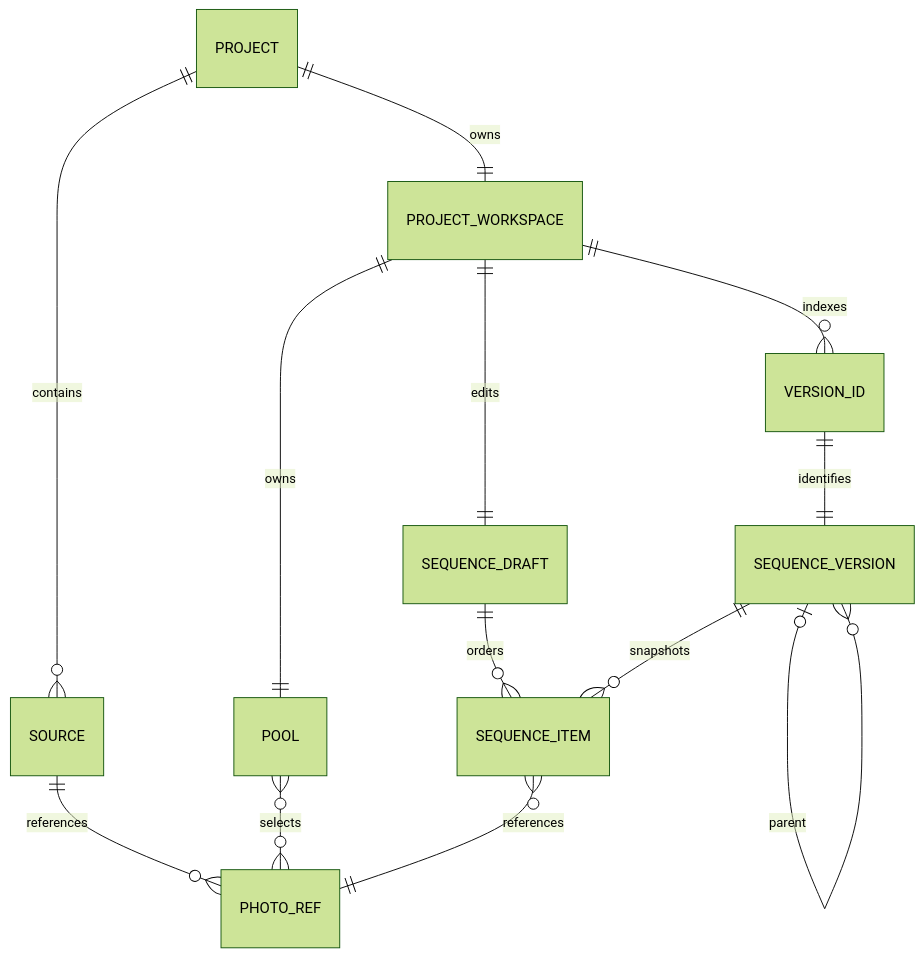
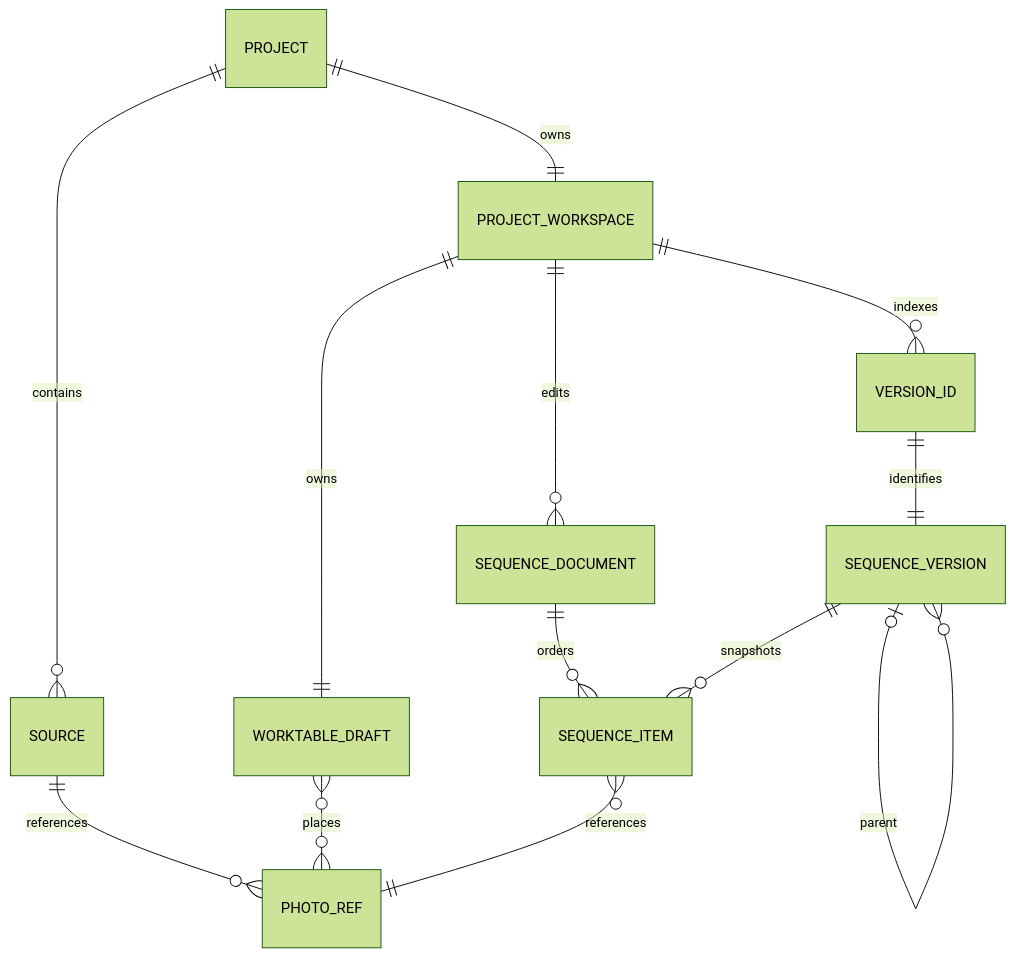
One commit to maadjdot/Photoflex changed the third of 7 diagrams in MVP_Sequence/photoflex-MVP/docs/PhotoFlex MVP 系统架构方案.md. Above: the diagram before and after it, drawn with Mermaid (forest theme). The commit also changed other lines of this file and 58 other files, not shown here.

Commit message:
Implement PhotoFlex worktable and sequence workflows

````diff
--- a/MVP_Sequence/photoflex-MVP/docs/PhotoFlex MVP 系统架构方案.md
+++ b/MVP_Sequence/photoflex-MVP/docs/PhotoFlex MVP 系统架构方案.md
@@ -92,15 +94,15 @@
 ```mermaid
 erDiagram
     PROJECT ||--o{ SOURCE : contains
     SOURCE ||--o{ PHOTO_REF : references
     PROJECT ||--|| PROJECT_WORKSPACE : owns
-    PROJECT_WORKSPACE ||--|| POOL : owns
-    POOL }o--o{ PHOTO_REF : selects
-    PROJECT_WORKSPACE ||--|| SEQUENCE_DRAFT : edits
-    SEQUENCE_DRAFT ||--o{ SEQUENCE_ITEM : orders
+    PROJECT_WORKSPACE ||--|| WORKTABLE_DRAFT : owns
+    WORKTABLE_DRAFT }o--o{ PHOTO_REF : places
+    PROJECT_WORKSPACE ||--o{ SEQUENCE_DOCUMENT : edits
+    SEQUENCE_DOCUMENT ||--o{ SEQUENCE_ITEM : orders
     SEQUENCE_ITEM }o--|| PHOTO_REF : references
     PROJECT_WORKSPACE ||--o{ VERSION_ID : indexes
     VERSION_ID ||--|| SEQUENCE_VERSION : identifies
     SEQUENCE_VERSION ||--o{ SEQUENCE_ITEM : snapshots
     SEQUENCE_VERSION o|--o{ SEQUENCE_VERSION : parent
 ```
````
